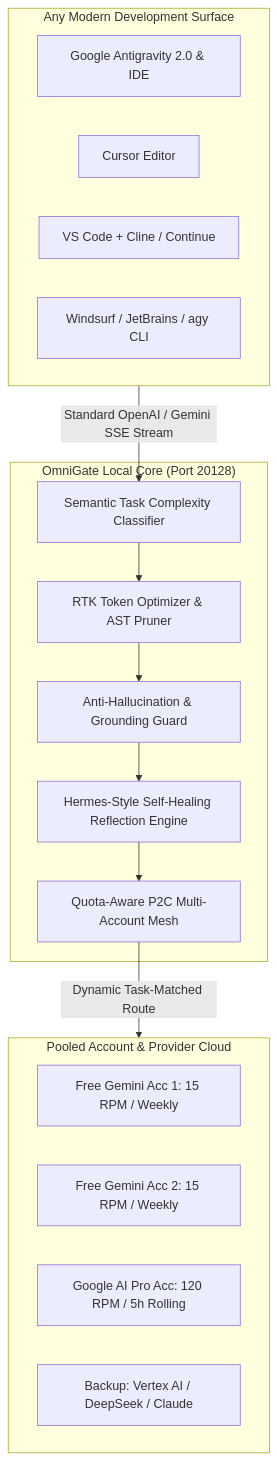
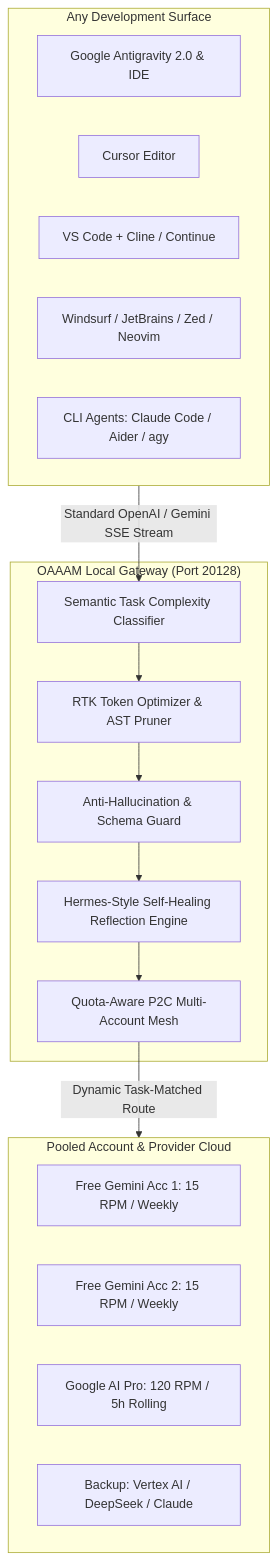
One commit to ommedical/AiMeshManager changed the first of 2 diagrams in README.md. Above: the diagram before and after it, drawn with Mermaid. The commit also changed other lines of this file and 8 other files, not shown here.

Commit message:
feat(oaaam): complete rebranding to OAAAM (OmniAutoAiAgentMesh), add comprehensive CLI, Docker containerization, and exhaustive setup docs for all OS and IDEs

````diff
--- a/README.md
+++ b/README.md
@@ -68,28 +76,29 @@
 ```mermaid
 graph TD
-    subgraph Clients ["Any Modern Development Surface"]
+    subgraph Clients ["Any Development Surface"]
         A1[Google Antigravity 2.0 & IDE]
         A2[Cursor Editor]
         A3[VS Code + Cline / Continue]
-        A4[Windsurf / JetBrains / agy CLI]
+        A4[Windsurf / JetBrains / Zed / Neovim]
+        A5[CLI Agents: Claude Code / Aider / agy]
     end
 
-    subgraph OmniGate ["OmniGate Local Core (Port 20128)"]
+    subgraph OAAAM ["OAAAM Local Gateway (Port 20128)"]
         CL[Semantic Task Complexity Classifier]
         OP[RTK Token Optimizer & AST Pruner]
-        AH[Anti-Hallucination & Grounding Guard]
+        AH[Anti-Hallucination & Schema Guard]
         SH[Hermes-Style Self-Healing Reflection Engine]
         MESH[Quota-Aware P2C Multi-Account Mesh]
     end
 
     subgraph Upstream ["Pooled Account & Provider Cloud"]
         ACC1[Free Gemini Acc 1: 15 RPM / Weekly]
         ACC2[Free Gemini Acc 2: 15 RPM / Weekly]
-        ACC3[Google AI Pro Acc: 120 RPM / 5h Rolling]
+        ACC3[Google AI Pro: 120 RPM / 5h Rolling]
         ACC4[Backup: Vertex AI / DeepSeek / Claude]
     end
 
     Clients -->|Standard OpenAI / Gemini SSE Stream| CL
     CL --> OP --> AH --> SH --> MESH
     MESH -->|Dynamic Task-Matched Route| Upstream
 ```
````
